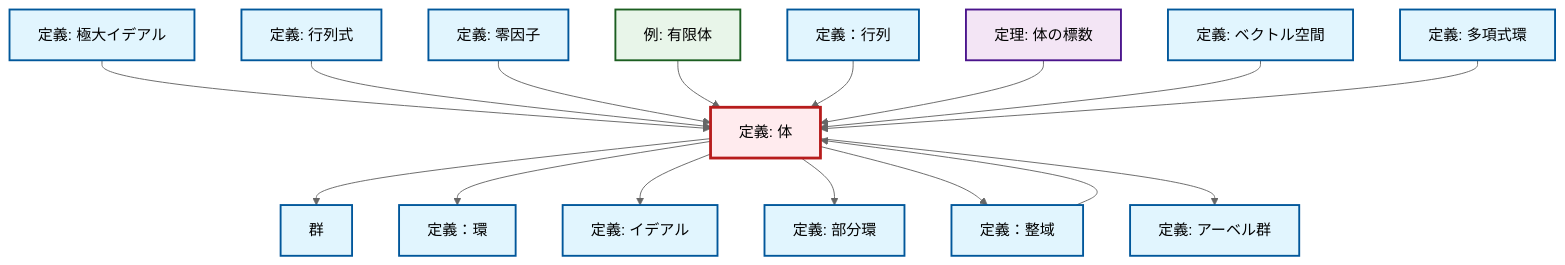
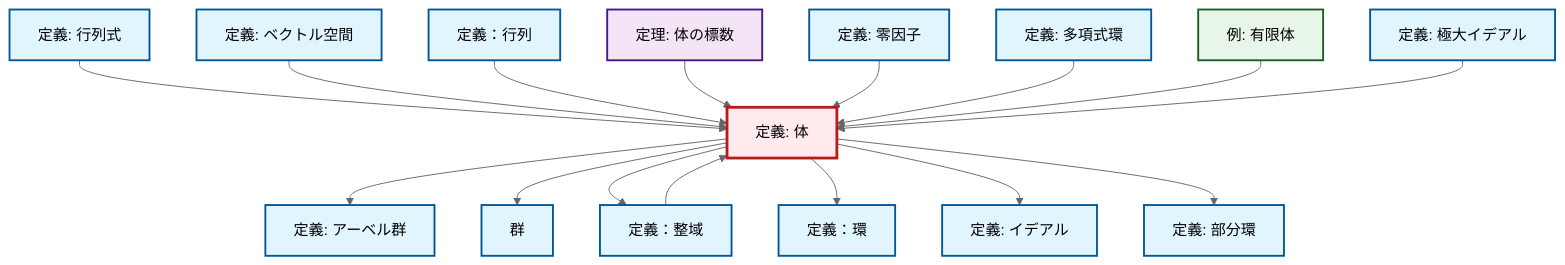
Before and after one commit to RK0429/ModernMath: the diagram in content/ja/algebra/def-field.qmd, drawn with Mermaid (neutral theme). The commit also changed other lines of this file and 328 other files, not shown here.

````diff
--- a/content/ja/algebra/def-field.qmd
+++ b/content/ja/algebra/def-field.qmd
@@ -60,54 +60,54 @@
 ```{mermaid}
 %%| fig-cap: "ローカル依存関係グラフ"
 graph TD
     classDef definition fill:#e1f5fe,stroke:#01579b,stroke-width:2px
     classDef theorem fill:#f3e5f5,stroke:#4a148c,stroke-width:2px
     classDef axiom fill:#fff3e0,stroke:#e65100,stroke-width:2px
     classDef example fill:#e8f5e9,stroke:#1b5e20,stroke-width:2px
     classDef current fill:#ffebee,stroke:#b71c1c,stroke-width:3px
-    thm-field-characteristic["定理: 体の標数"]:::theorem
     def-determinant["定義: 行列式"]:::definition
     def-integral-domain["定義：整域"]:::definition
+    def-field["定義: 体"]:::definition
+    def-ideal["定義: イデアル"]:::definition
+    thm-field-characteristic["定理: 体の標数"]:::theorem
+    def-zero-divisor["定義: 零因子"]:::definition
+    def-vector-space["定義: ベクトル空間"]:::definition
+    def-polynomial-ring["定義: 多項式環"]:::definition
+    def-ring["定義：環"]:::definition
+    def-abelian-group["定義: アーベル群"]:::definition
+    def-group["群"]:::definition
+    def-matrix["定義：行列"]:::definition
     def-subring["定義: 部分環"]:::definition
     def-maximal-ideal["定義: 極大イデアル"]:::definition
-    def-matrix["定義：行列"]:::definition
-    def-ideal["定義: イデアル"]:::definition
-    def-ring["定義：環"]:::definition
-    def-group["群"]:::definition
-    def-zero-divisor["定義: 零因子"]:::definition
-    def-field["定義: 体"]:::definition
     ex-finite-field["例: 有限体"]:::example
-    def-polynomial-ring["定義: 多項式環"]:::definition
-    def-vector-space["定義: ベクトル空間"]:::definition
-    def-abelian-group["定義: アーベル群"]:::definition
+    def-field --> def-abelian-group
+    def-determinant --> def-field
     def-field --> def-group
+    def-field --> def-integral-domain
+    def-vector-space --> def-field
+    def-matrix --> def-field
+    thm-field-characteristic --> def-field
+    def-zero-divisor --> def-field
+    def-integral-domain --> def-field
+    def-polynomial-ring --> def-field
+    ex-finite-field --> def-field
     def-field --> def-ring
-    def-integral-domain --> def-field
+    def-field --> def-ideal
     def-maximal-ideal --> def-field
-    def-determinant --> def-field
-    def-field --> def-ideal
-    def-zero-divisor --> def-field
-    ex-finite-field --> def-field
-    def-matrix --> def-field
     def-field --> def-subring
-    def-field --> def-integral-domain
-    def-field --> def-abelian-group
-    thm-field-characteristic --> def-field
-    def-vector-space --> def-field
-    def-polynomial-ring --> def-field
     class def-field current
-    click thm-field-characteristic "thm-field-characteristic.html" "体の標数の定理へ"
     click def-determinant "def-determinant.html" "行列式の定義へ"
     click def-integral-domain "def-integral-domain.html" "定義：整域へ"
+    click def-ideal "def-ideal.html" "イデアルの定義へ"
+    click thm-field-characteristic "thm-field-characteristic.html" "体の標数の定理へ"
+    click def-zero-divisor "def-zero-divisor.html" "零因子の定義へ"
+    click def-vector-space "def-vector-space.html" "ベクトル空間の定義へ"
+    click def-polynomial-ring "def-polynomial-ring.html" "多項式環の定義へ"
+    click def-ring "def-ring.html" "定義：環へ"
+    click def-abelian-group "def-abelian-group.html" "アーベル群の定義へ"
+    click def-group "def-group.html" "群へ"
+    click def-matrix "def-matrix.html" "定義：行列へ"
     click def-subring "def-subring.html" "部分環の定義へ"
     click def-maximal-ideal "def-maximal-ideal.html" "極大イデアルの定義へ"
-    click def-matrix "def-matrix.html" "定義：行列へ"
-    click def-ideal "def-ideal.html" "イデアルの定義へ"
-    click def-ring "def-ring.html" "定義：環へ"
-    click def-group "def-group.html" "群へ"
-    click def-zero-divisor "def-zero-divisor.html" "零因子の定義へ"
     click ex-finite-field "ex-finite-field.html" "有限体の例へ"
-    click def-polynomial-ring "def-polynomial-ring.html" "多項式環の定義へ"
-    click def-vector-space "def-vector-space.html" "ベクトル空間の定義へ"
-    click def-abelian-group "def-abelian-group.html" "アーベル群の定義へ"
 ```
````
